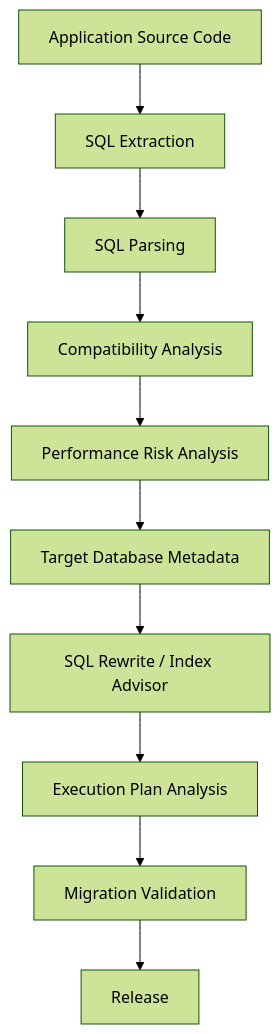
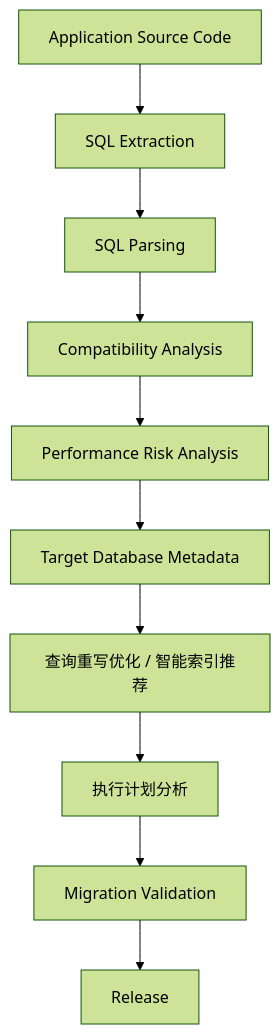
One commit to PawSQL/pawsql-docs-mantlify changed the second of 18 diagrams in docs/use-cases/database-migration-sql-governance.mdx. Above: the diagram before and after it, drawn with Mermaid (forest theme). The commit also changed other lines of this file and 143 other files, not shown here.

````diff
--- a/docs/use-cases/database-migration-sql-governance.mdx
+++ b/docs/use-cases/database-migration-sql-governance.mdx
@@ -264,6 +264,6 @@
 ```mermaid
 flowchart TD
     A[Application Source Code] --> B[SQL Extraction] --> C[SQL Parsing] --> D[Compatibility Analysis]
-    D --> E[Performance Risk Analysis] --> F[Target Database Metadata] --> G["SQL Rewrite / Index Advisor"]
-    G --> H[Execution Plan Analysis] --> I[Migration Validation] --> J[Release]
+    D --> E[Performance Risk Analysis] --> F[Target Database Metadata] --> G["查询重写优化 / 智能索引推荐"]
+    G --> H[执行计划分析] --> I[Migration Validation] --> J[Release]
 ```
````
